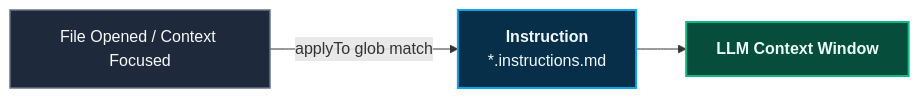
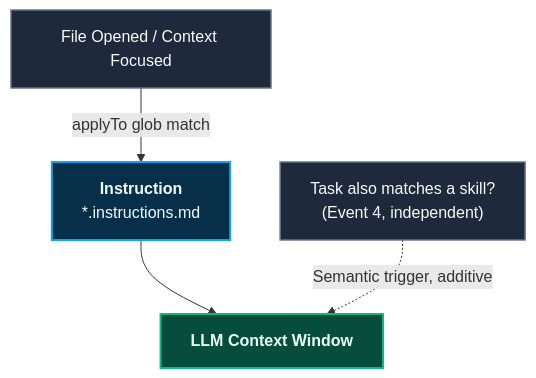
Before and after one commit to ALTEN-group/coding-pal: the first of 6 diagrams in website/docs/guide/persistent-context.md, drawn with Mermaid. The commit also changed other lines of this file, not shown here.

Commit message:
fix: update persistent context diagrams for clarity and accuracy in event flow

````diff
--- a/website/docs/guide/persistent-context.md
+++ b/website/docs/guide/persistent-context.md
@@ -13,16 +16,17 @@
 ```mermaid
 ---
 caption: Always-On Instruction Loading
 ---
-flowchart LR
+flowchart TD
     E1["File Opened / Context Focused"] -->|"applyTo glob match"| I["<b>Instruction</b><br/>*.instructions.md"]
     I --> CTX["<b>LLM Context Window</b>"]
+    E4b["Task also matches a skill?<br/>(Event 4, independent)"] -.->|"Semantic trigger, additive"| CTX
 
     classDef instruction fill:#082f49,stroke:#0ea5e9,stroke-width:2px,color:#f0f9ff;
     classDef execution fill:#064e3b,stroke:#10b981,stroke-width:2px,color:#ecfdf5;
     classDef event fill:#1e293b,stroke:#64748b,stroke-width:1.5px,color:#f8fafc;
 
     class I instruction;
     class CTX execution;
-    class E1 event;
+    class E1,E4b event;
 ```
````
